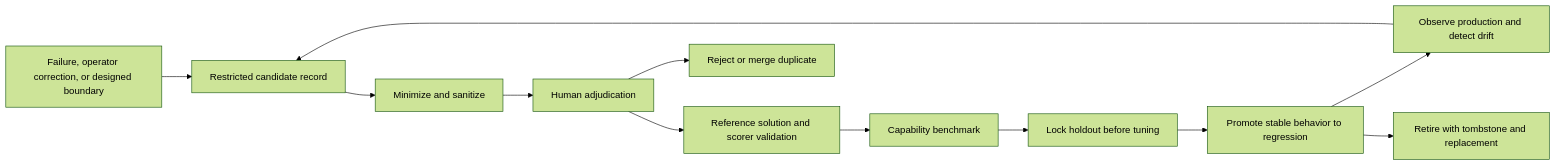
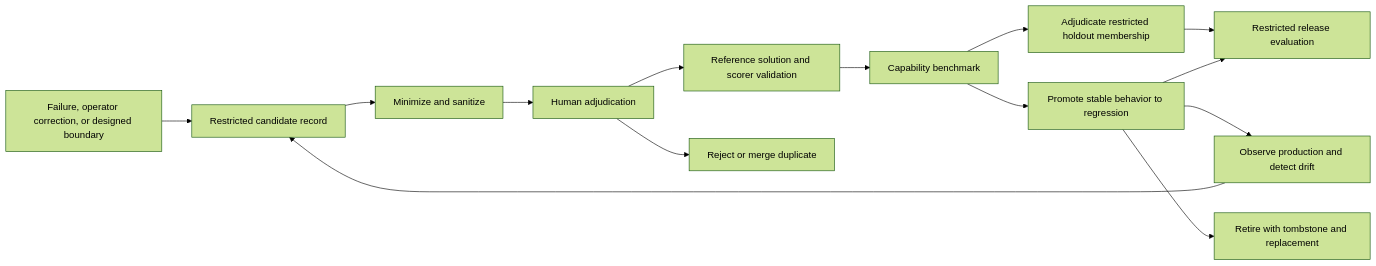
One commit to AaronAbuUsama/ambient-agent changed the diagram in docs/EVALUATION-METHODOLOGY.md. Above: the diagram before and after it, drawn with Mermaid (forest theme). The commit also changed other lines of this file and 2 other files, not shown here.

Commit message:
docs: reconcile evaluation scenario contracts

````diff
--- a/docs/EVALUATION-METHODOLOGY.md
+++ b/docs/EVALUATION-METHODOLOGY.md
@@ -204,14 +222,16 @@
 ```mermaid
 flowchart LR
   F["Failure, operator correction, or designed boundary"] --> C["Restricted candidate record"]
   C --> S["Minimize and sanitize"]
   S --> A["Human adjudication"]
   A --> V["Reference solution and scorer validation"]
   V --> B["Capability benchmark"]
-  B --> H["Lock holdout before tuning"]
-  H --> R["Promote stable behavior to regression"]
+  B --> H["Adjudicate restricted holdout membership"]
+  B --> R["Promote stable behavior to regression"]
+  H --> G["Restricted release evaluation"]
+  R --> G
   R --> O["Observe production and detect drift"]
   O --> C
   A --> X["Reject or merge duplicate"]
   R --> T["Retire with tombstone and replacement"]
 ```
````
